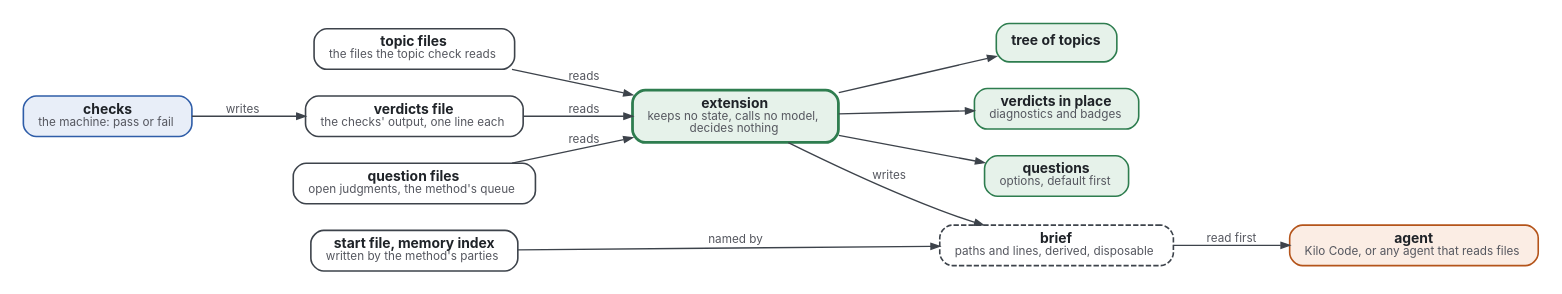
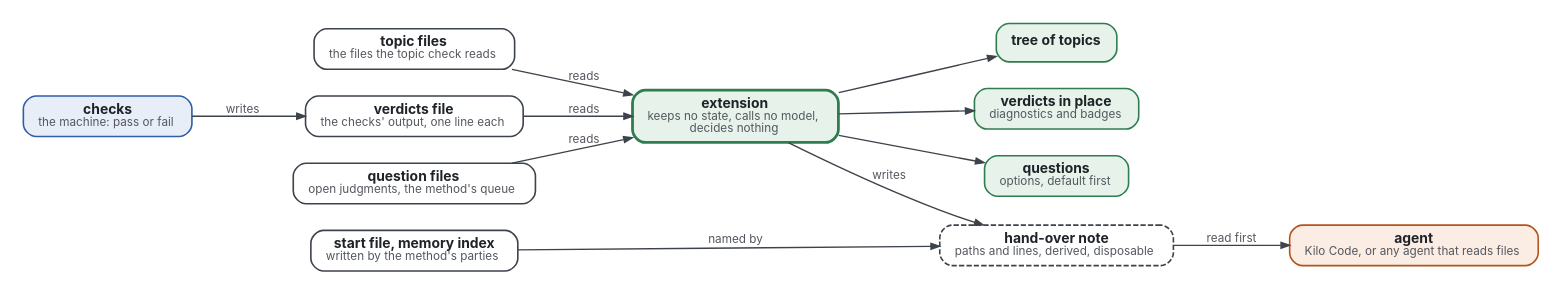
The diagram in design/extension.dot (Tewf/ai-augmented-ide), drawn with Graphviz before and after one commit. The commit also changed 7 other files, not shown here.

First line of the commit message:
Call the extension's hand-over file a note, not a brief

```diff
--- a/design/extension.dot
+++ b/design/extension.dot
@@ -1,27 +1,27 @@
 // What the extension reads, shows and hands over. Colours: files white, the extension green, the machine's
 // programs blue, the agent orange, one colour per kind, named in its box.
 digraph extension {
   graph [rankdir=LR, nodesep=0.35, ranksep=0.8, bgcolor="white", pad=0.2, fontname="Inter"];
   node  [shape=box, style="rounded,filled", fontname="Inter", fontsize=13, margin="0.2,0.1", penwidth=1.5, fontcolor="#1F2328"];
   edge  [fontname="Inter", fontsize=11, color="#3D434B", fontcolor="#55575F", penwidth=1.3, arrowsize=0.8];
   T [label=<<b>topic files</b><br/><font point-size="11" color="#55575F">the files the topic check reads</font>>, fillcolor="#FFFFFF", color="#3D434B"];
   V [label=<<b>verdicts file</b><br/><font point-size="11" color="#55575F">the checks' output, one line each</font>>, fillcolor="#FFFFFF", color="#3D434B"];
   Q [label=<<b>question files</b><br/><font point-size="11" color="#55575F">open judgments, the method's queue</font>>, fillcolor="#FFFFFF", color="#3D434B"];
   S [label=<<b>start file, memory index</b><br/><font point-size="11" color="#55575F">written by the method's parties</font>>, fillcolor="#FFFFFF", color="#3D434B"];
   X [label=<<b>extension</b><br/><font point-size="11" color="#55575F">keeps no state, calls no model,</font><br/><font point-size="11" color="#55575F">decides nothing</font>>, fillcolor="#E6F2EA", color="#2E7D4F", penwidth=2.6];
   W1 [label=<<b>tree of topics</b>>, fillcolor="#E6F2EA", color="#2E7D4F"];
   W2 [label=<<b>verdicts in place</b><br/><font point-size="11" color="#55575F">diagnostics and badges</font>>, fillcolor="#E6F2EA", color="#2E7D4F"];
   W3 [label=<<b>questions</b><br/><font point-size="11" color="#55575F">options, default first</font>>, fillcolor="#E6F2EA", color="#2E7D4F"];
-  B [label=<<b>brief</b><br/><font point-size="11" color="#55575F">paths and lines, derived, disposable</font>>, fillcolor="#FFFFFF", color="#3D434B", style="rounded,filled,dashed"];
+  B [label=<<b>hand-over note</b><br/><font point-size="11" color="#55575F">paths and lines, derived, disposable</font>>, fillcolor="#FFFFFF", color="#3D434B", style="rounded,filled,dashed"];
   A [label=<<b>agent</b><br/><font point-size="11" color="#55575F">Kilo Code, or any agent that reads files</font>>, fillcolor="#FBEDE4", color="#B4541A"];
   C [label=<<b>checks</b><br/><font point-size="11" color="#55575F">the machine: pass or fail</font>>, fillcolor="#E8EEF8", color="#2F5DA8"];
   T -> X [label=" reads"];
   V -> X [label=" reads"];
   Q -> X [label=" reads"];
   S -> B [label=" named by"];
   X -> W1; X -> W2; X -> W3;
   X -> B [label=" writes"];
   B -> A [label=" read first"];
   C -> V [label=" writes"];
   {rank=same; T; V; Q; S}
 }
```
